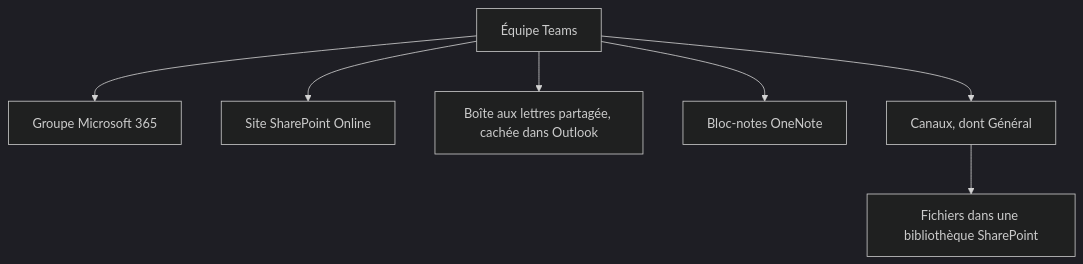
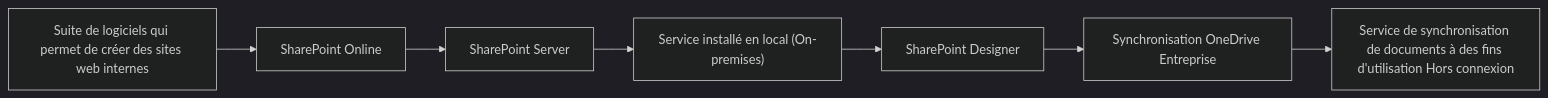
The third of 5 diagrams in docs/modules/03-microsoft-365-outils-collaboratifs/module-05-exploiter-teams-sharepoint-et-onedrive.md (sk34pk25/tssr-cours), drawn with Mermaid (dark theme) before and after one commit. The commit also changed other lines of this file and 4 other files, not shown here.

First line of the commit message:
Reprendre le cours Microsoft 365 dans l’onglet pédagogique.

````diff
--- a/docs/modules/03-microsoft-365-outils-collaboratifs/module-05-exploiter-teams-sharepoint-et-onedrive.md
+++ b/docs/modules/03-microsoft-365-outils-collaboratifs/module-05-exploiter-teams-sharepoint-et-onedrive.md
@@ -108,9 +68,16 @@
 ```mermaid
-flowchart TD
-    T["Équipe Teams"] --> G["Groupe Microsoft 365"]
-    T --> S["Site SharePoint Online"]
-    T --> B["Boîte aux lettres partagée, cachée dans Outlook"]
-    T --> N["Bloc-notes OneNote"]
-    T --> C["Canaux, dont Général"]
-    C --> F["Fichiers dans une bibliothèque SharePoint"]
+flowchart LR
+    N1["Suite de logiciels qui permet de créer des sites web internes"]
+    N2["SharePoint Online"]
+    N3["SharePoint Server"]
+    N4["Service installé en local (On-premises)"]
+    N5["SharePoint Designer"]
+    N6["Synchronisation OneDrive Entreprise"]
+    N7["Service de synchronisation de documents à des fins d'utilisation Hors connexion"]
+    N1 --> N2
+    N2 --> N3
+    N3 --> N4
+    N4 --> N5
+    N5 --> N6
+    N6 --> N7
 ```
````
